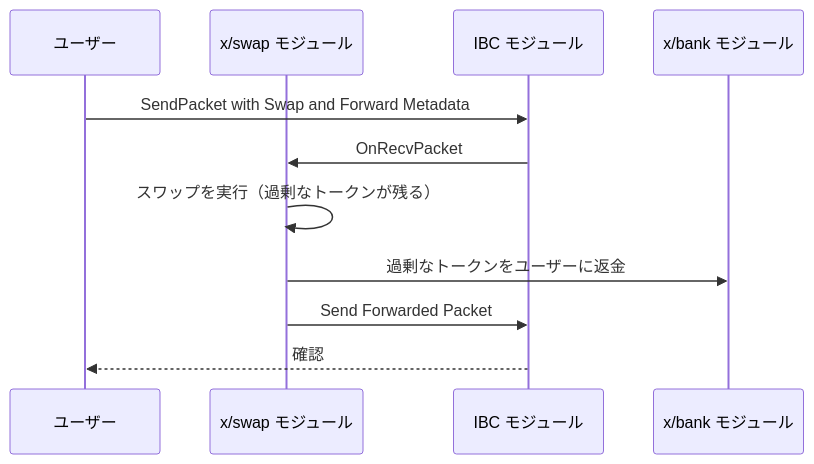
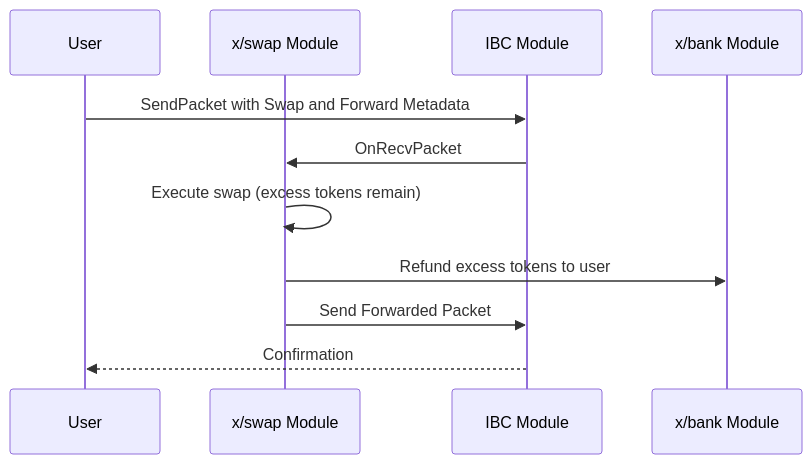
One commit to sunriselayer/gitbook changed the third of 3 diagrams in ja/learn/sunrise/swap.md. Above: the diagram before and after it, drawn with Mermaid. The commit also changed other lines of this file and 19 other files, not shown here.

````diff
--- a/ja/learn/sunrise/swap.md
+++ b/ja/learn/sunrise/swap.md
@@ -84,14 +84,14 @@
 ```mermaid
 sequenceDiagram
-    participant User as ユーザー
-    participant SwapModule as x/swap モジュール
-    participant IBCModule as IBC モジュール
-    participant BankModule as x/bank モジュール
+    participant User as User
+    participant SwapModule as x/swap Module
+    participant IBCModule as IBC Module
+    participant BankModule as x/bank Module
 
     User->>IBCModule: SendPacket with Swap and Forward Metadata
     IBCModule->>SwapModule: OnRecvPacket
-    SwapModule->>SwapModule: スワップを実行（過剰なトークンが残る）
-    SwapModule->>BankModule: 過剰なトークンをユーザーに返金
+    SwapModule->>SwapModule: Execute swap (excess tokens remain)
+    SwapModule->>BankModule: Refund excess tokens to user
     SwapModule->>IBCModule: Send Forwarded Packet
-    IBCModule-->>User: 確認
+    IBCModule-->>User: Confirmation
 ```
````
